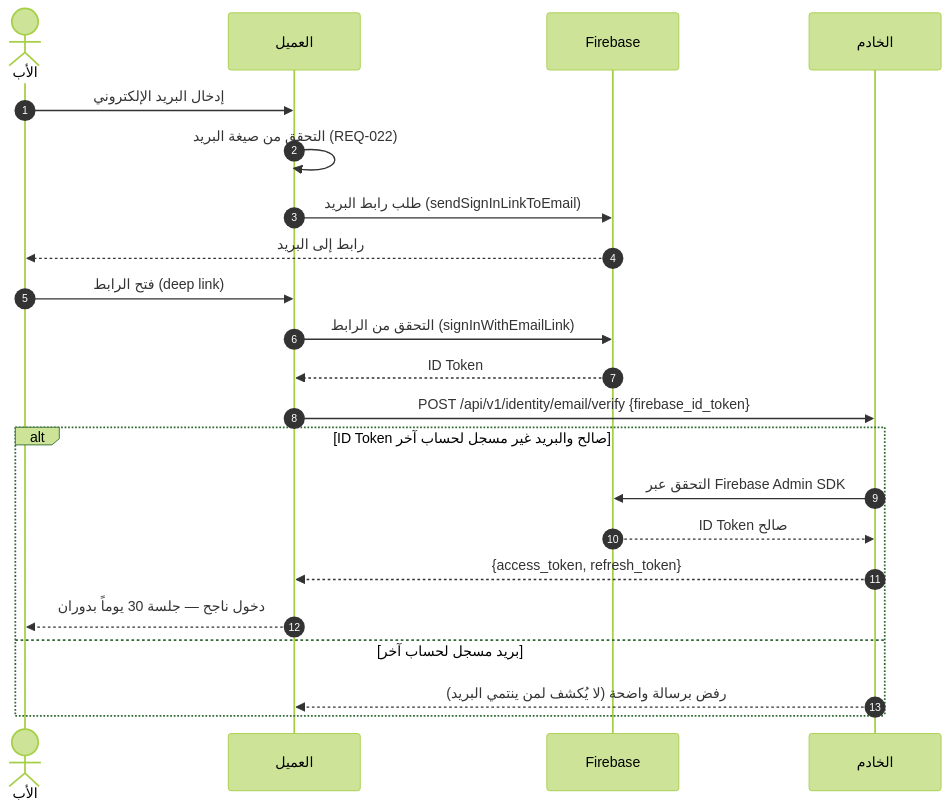
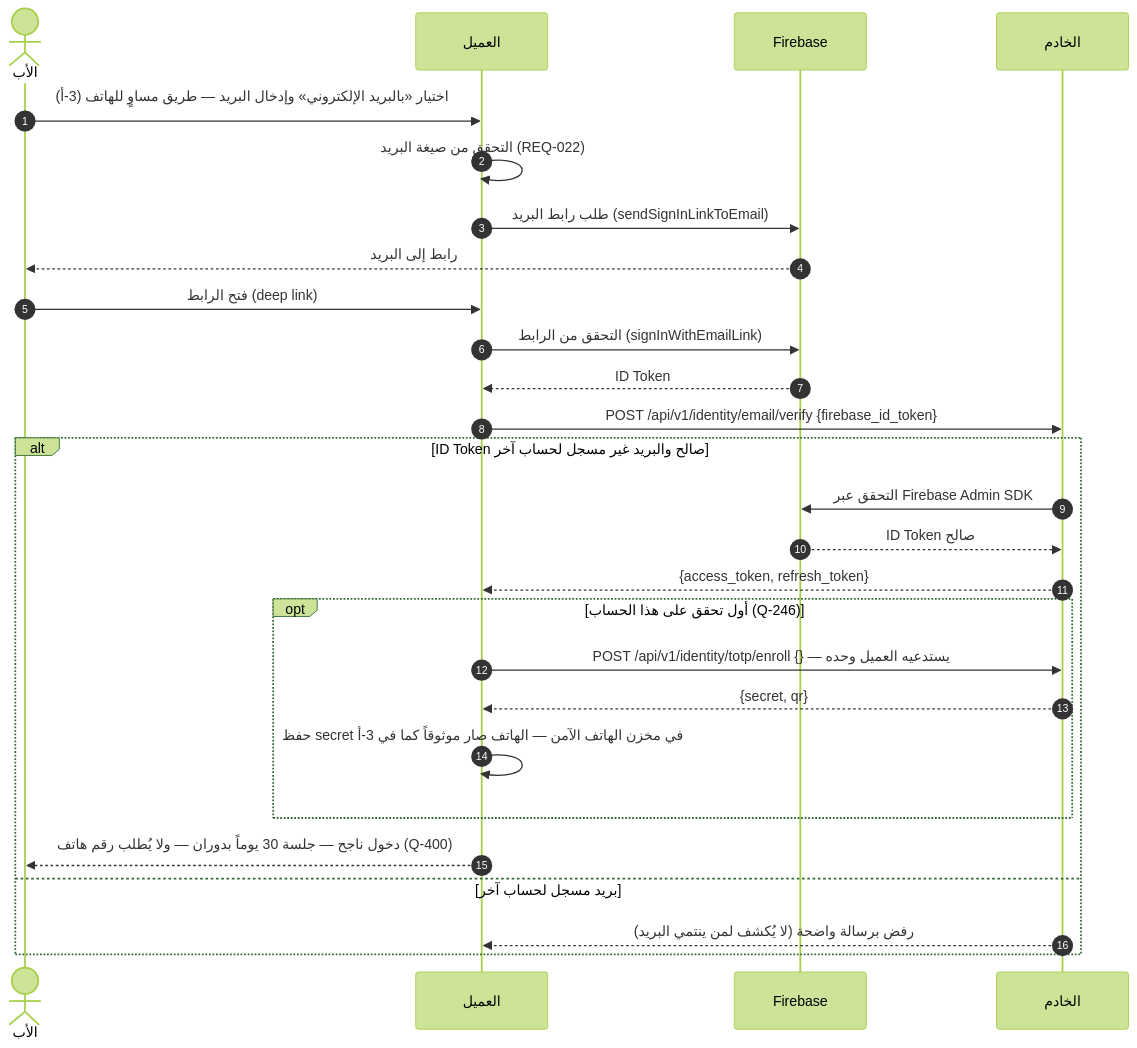
One commit to Bassam-mohammed-alqaeadi/family-os-v2 changed the fourth of 15 diagrams in docs/family-os/governance/phases/phase-1/S1-02-identity-and-onboarding/DIAGRAMS.md. Above: the diagram before and after it, drawn with Mermaid (forest theme). The commit also changed other lines of this file and 13 other files, not shown here.

````diff
--- a/docs/family-os/governance/phases/phase-1/S1-02-identity-and-onboarding/DIAGRAMS.md
+++ b/docs/family-os/governance/phases/phase-1/S1-02-identity-and-onboarding/DIAGRAMS.md
@@ -291,24 +300,29 @@
 ```mermaid
 sequenceDiagram
     autonumber
     actor Father as الأب
     participant Client as العميل
     participant FBAuth as Firebase
     participant Ktor as الخادم
-    Father->>Client: إدخال البريد الإلكتروني
+    Father->>Client: اختيار «بالبريد الإلكتروني» وإدخال البريد — طريق مساوٍ للهاتف (3-أ)
     Client->>Client: التحقق من صيغة البريد (REQ-022)
     Client->>FBAuth: طلب رابط البريد (sendSignInLinkToEmail)
     FBAuth-->>Father: رابط إلى البريد
     Father->>Client: فتح الرابط (deep link)
     Client->>FBAuth: التحقق من الرابط (signInWithEmailLink)
     FBAuth-->>Client: ID Token
     Client->>Ktor: POST /api/v1/identity/email/verify {firebase_id_token}
     alt ID Token صالح والبريد غير مسجل لحساب آخر
         Ktor->>FBAuth: التحقق عبر Firebase Admin SDK
         FBAuth-->>Ktor: ID Token صالح
         Ktor-->>Client: {access_token, refresh_token}
-        Client-->>Father: دخول ناجح — جلسة 30 يوماً بدوران
+        opt أول تحقق على هذا الحساب (Q-246)
+            Client->>Ktor: POST /api/v1/identity/totp/enroll {} — يستدعيه العميل وحده
+            Ktor-->>Client: {secret, qr}
+            Client->>Client: حفظ secret في مخزن الهاتف الآمن — الهاتف صار موثوقاً كما في 3-أ
+        end
+        Client-->>Father: دخول ناجح — جلسة 30 يوماً بدوران — ولا يُطلب رقم هاتف (Q-400)
     else بريد مسجل لحساب آخر
         Ktor-->>Client: رفض برسالة واضحة (لا يُكشف لمن ينتمي البريد)
     end
 ```
````
